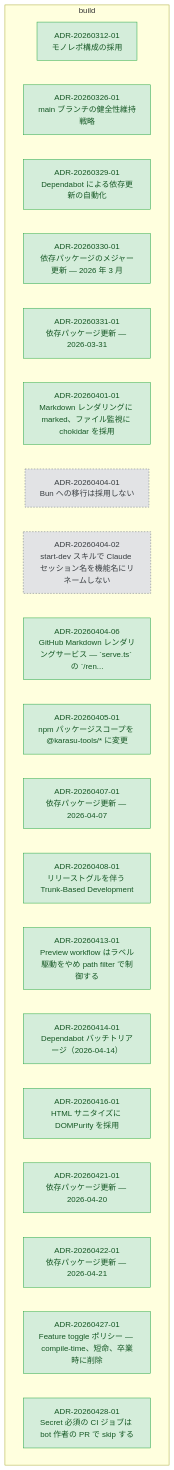
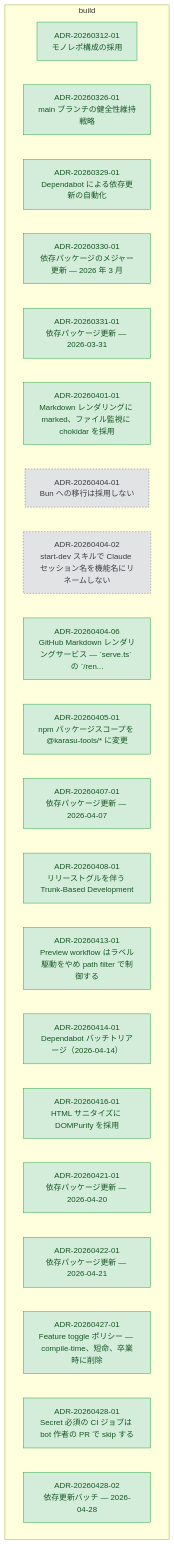
The diagram in docs/adr/graph/build.md (kompiro/karasu), drawn with Mermaid before and after one commit. The commit also changed other lines of this file and 4 other files, not shown here.

````diff
--- a/docs/adr/graph/build.md
+++ b/docs/adr/graph/build.md
@@ -6,50 +6,52 @@
 ```mermaid
 flowchart TD
   subgraph build["build"]
     ADR_20260312_01["ADR-20260312-01<br/>モノレポ構成の採用"]
     ADR_20260326_01["ADR-20260326-01<br/>main ブランチの健全性維持戦略"]
     ADR_20260329_01["ADR-20260329-01<br/>Dependabot による依存更新の自動化"]
     ADR_20260330_01["ADR-20260330-01<br/>依存パッケージのメジャー更新 — 2026 年 3 月"]
     ADR_20260331_01["ADR-20260331-01<br/>依存パッケージ更新 — 2026-03-31"]
     ADR_20260401_01["ADR-20260401-01<br/>Markdown レンダリングに marked、ファイル監視に chokidar を採用"]
     ADR_20260404_01["ADR-20260404-01<br/>Bun への移行は採用しない"]
     ADR_20260404_02["ADR-20260404-02<br/>start-dev スキルで Claude セッション名を機能名にリネームしない"]
     ADR_20260404_06["ADR-20260404-06<br/>GitHub Markdown レンダリングサービス — `serve.ts` の `/ren..."]
     ADR_20260405_01["ADR-20260405-01<br/>npm パッケージスコープを @karasu-tools/* に変更"]
     ADR_20260407_01["ADR-20260407-01<br/>依存パッケージ更新 — 2026-04-07"]
     ADR_20260408_01["ADR-20260408-01<br/>リリーストグルを伴う Trunk-Based Development"]
     ADR_20260413_01["ADR-20260413-01<br/>Preview workflow はラベル駆動をやめ path filter で制御する"]
     ADR_20260414_01["ADR-20260414-01<br/>Dependabot バッチトリアージ（2026-04-14）"]
     ADR_20260416_01["ADR-20260416-01<br/>HTML サニタイズに DOMPurify を採用"]
     ADR_20260421_01["ADR-20260421-01<br/>依存パッケージ更新 — 2026-04-20"]
     ADR_20260422_01["ADR-20260422-01<br/>依存パッケージ更新 — 2026-04-21"]
     ADR_20260427_01["ADR-20260427-01<br/>Feature toggle ポリシー — compile-time、短命、卒業時に削除"]
     ADR_20260428_01["ADR-20260428-01<br/>Secret 必須の CI ジョブは bot 作者の PR で skip する"]
+    ADR_20260428_02["ADR-20260428-02<br/>依存更新バッチ — 2026-04-28"]
   end
 
   classDef accepted fill:#d4edda,stroke:#28a745,color:#155724
   classDef proposed fill:#fff3cd,stroke:#ffc107,color:#856404
   classDef deprecated fill:#f8d7da,stroke:#dc3545,color:#721c24
   classDef superseded fill:#e2e3e5,stroke:#6c757d,color:#383d41
   classDef not_adopted fill:#e2e3e5,stroke:#6c757d,color:#383d41,stroke-dasharray:3 3
   classDef ghost fill:#f5f5f5,stroke:#adb5bd,color:#6c757d,stroke-dasharray:2 2
   class ADR_20260312_01 accepted
   class ADR_20260326_01 accepted
   class ADR_20260329_01 accepted
   class ADR_20260330_01 accepted
   class ADR_20260331_01 accepted
   class ADR_20260401_01 accepted
   class ADR_20260404_01 not_adopted
   class ADR_20260404_02 not_adopted
   class ADR_20260404_06 accepted
   class ADR_20260405_01 accepted
   class ADR_20260407_01 accepted
   class ADR_20260408_01 accepted
   class ADR_20260413_01 accepted
   class ADR_20260414_01 accepted
   class ADR_20260416_01 accepted
   class ADR_20260421_01 accepted
   class ADR_20260422_01 accepted
   class ADR_20260427_01 accepted
   class ADR_20260428_01 accepted
+  class ADR_20260428_02 accepted
 ```
````
